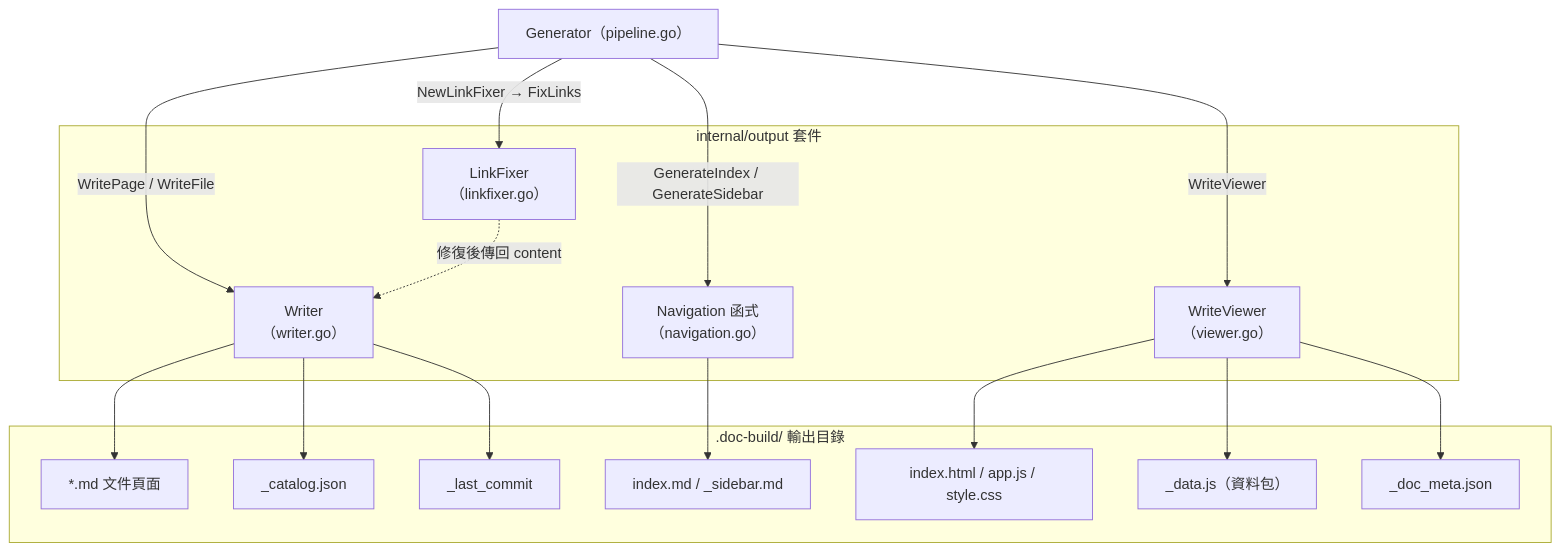
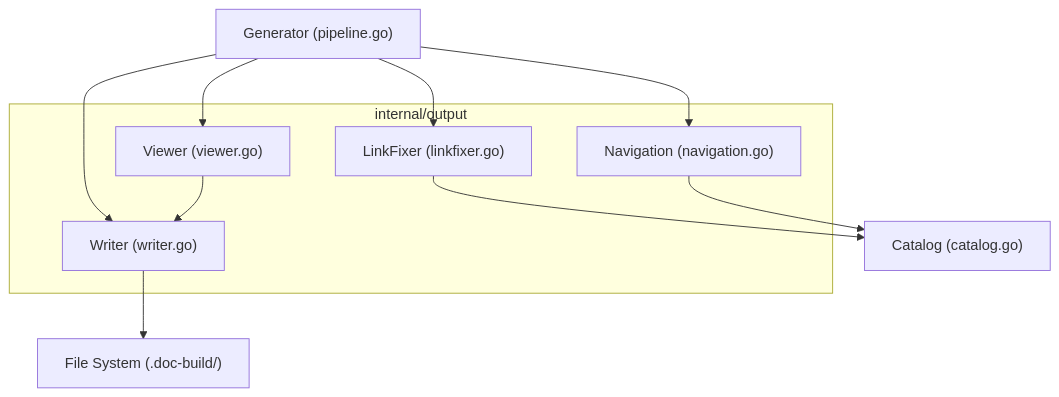
Before and after one commit to monkenWu/selfmd-claude-code: the first of 4 diagrams in docs/core-modules/output-writer/index.md, drawn with Mermaid. The commit also changed other lines of this file and 145 other files, not shown here.

````diff
--- a/docs/core-modules/output-writer/index.md
+++ b/docs/core-modules/output-writer/index.md
@@ -20,36 +20,27 @@
 ```mermaid
 flowchart TD
-    Generator["Generator（pipeline.go）"]
+    Generator["Generator (pipeline.go)"]
+    Writer["Writer (writer.go)"]
+    LinkFixer["LinkFixer (linkfixer.go)"]
+    Navigation["Navigation (navigation.go)"]
+    Viewer["Viewer (viewer.go)"]
+    Catalog["Catalog (catalog.go)"]
+    FS["File System (.doc-build/)"]
 
-    subgraph output_pkg["internal/output 套件"]
-        Writer["Writer\n（writer.go）"]
-        LinkFixer["LinkFixer\n（linkfixer.go）"]
-        NavFuncs["Navigation 函式\n（navigation.go）"]
-        ViewerFunc["WriteViewer\n（viewer.go）"]
+    Generator --> Writer
+    Generator --> LinkFixer
+    Generator --> Navigation
+    Generator --> Viewer
+
+    Writer --> FS
+    LinkFixer --> Catalog
+    Navigation --> Catalog
+    Viewer --> Writer
+
+    subgraph OutputPackage["internal/output"]
+        Writer
+        LinkFixer
+        Navigation
+        Viewer
     end
-
-    subgraph output_dir[".doc-build/ 輸出目錄"]
-        Pages["*.md 文件頁面"]
-        Catalog["_catalog.json"]
-        LastCommit["_last_commit"]
-        Index["index.md / _sidebar.md"]
-        HTML["index.html / app.js / style.css"]
-        DataJS["_data.js（資料包）"]
-        DocMeta["_doc_meta.json"]
-    end
-
-    Generator -->|"WritePage / WriteFile"| Writer
-    Generator -->|"NewLinkFixer → FixLinks"| LinkFixer
-    Generator -->|"GenerateIndex / GenerateSidebar"| NavFuncs
-    Generator -->|"WriteViewer"| ViewerFunc
-
-    Writer --> Pages
-    Writer --> Catalog
-    Writer --> LastCommit
-    NavFuncs --> Index
-    ViewerFunc --> HTML
-    ViewerFunc --> DataJS
-    ViewerFunc --> DocMeta
-
-    LinkFixer -.->|"修復後傳回 content"| Writer
 ```
````
